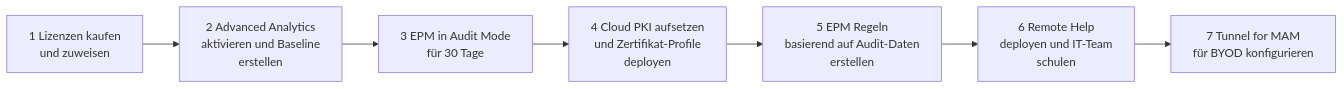
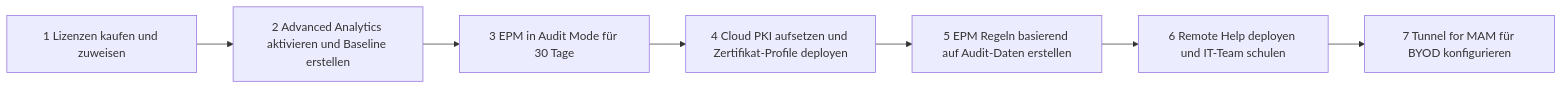
The third of 4 diagrams in Microsoft 365/Intune Suite/Microsoft Intune Suite Überblick.md (SoniiiT/notes-n-docs), drawn with Mermaid before and after one commit. The commit also changed other lines of this file and 124 other files, not shown here.

First line of the commit message:
fix: Entferne \n aus allen Mermaid-Diagrammen (125 Dateien)

````diff
--- a/Microsoft 365/Intune Suite/Microsoft Intune Suite Überblick.md
+++ b/Microsoft 365/Intune Suite/Microsoft Intune Suite Überblick.md
@@ -266,9 +266,9 @@
 ```mermaid
 graph LR
-    STEP1[1 Lizenzen kaufen\nund zuweisen] --> STEP2[2 Advanced Analytics\naktivieren und Baseline\nerstellen]
-    STEP2 --> STEP3[3 EPM in Audit Mode\nfür 30 Tage]
-    STEP3 --> STEP4[4 Cloud PKI aufsetzen\nund Zertifikat-Profile\ndeployen]
-    STEP4 --> STEP5[5 EPM Regeln\nbasierend auf Audit-Daten\nerstellen]
-    STEP5 --> STEP6[6 Remote Help\ndeployen und IT-Team\nschulen]
-    STEP6 --> STEP7[7 Tunnel for MAM\nfür BYOD konfigurieren]
+    STEP1[1 Lizenzen kaufen und zuweisen] --> STEP2[2 Advanced Analytics aktivieren und Baseline erstellen]
+    STEP2 --> STEP3[3 EPM in Audit Mode für 30 Tage]
+    STEP3 --> STEP4[4 Cloud PKI aufsetzen und Zertifikat-Profile deployen]
+    STEP4 --> STEP5[5 EPM Regeln basierend auf Audit-Daten erstellen]
+    STEP5 --> STEP6[6 Remote Help deployen und IT-Team schulen]
+    STEP6 --> STEP7[7 Tunnel for MAM für BYOD konfigurieren]
 ```
````
